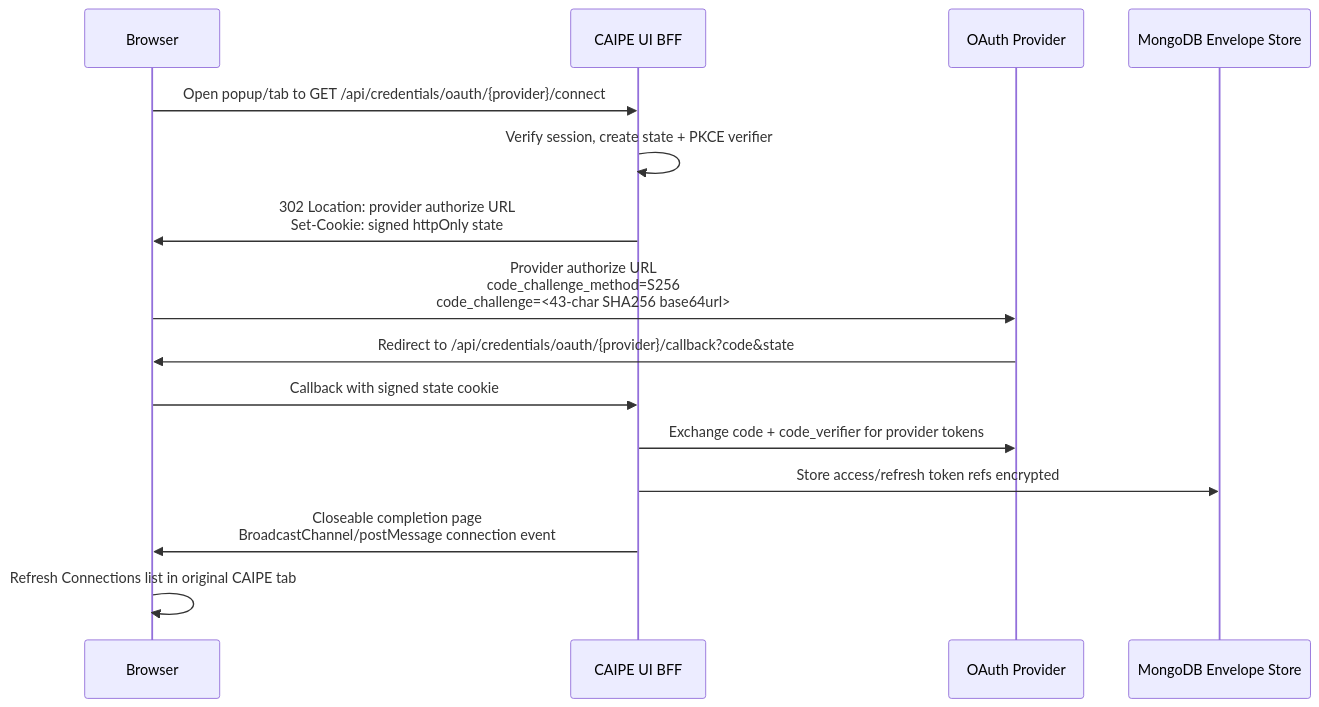
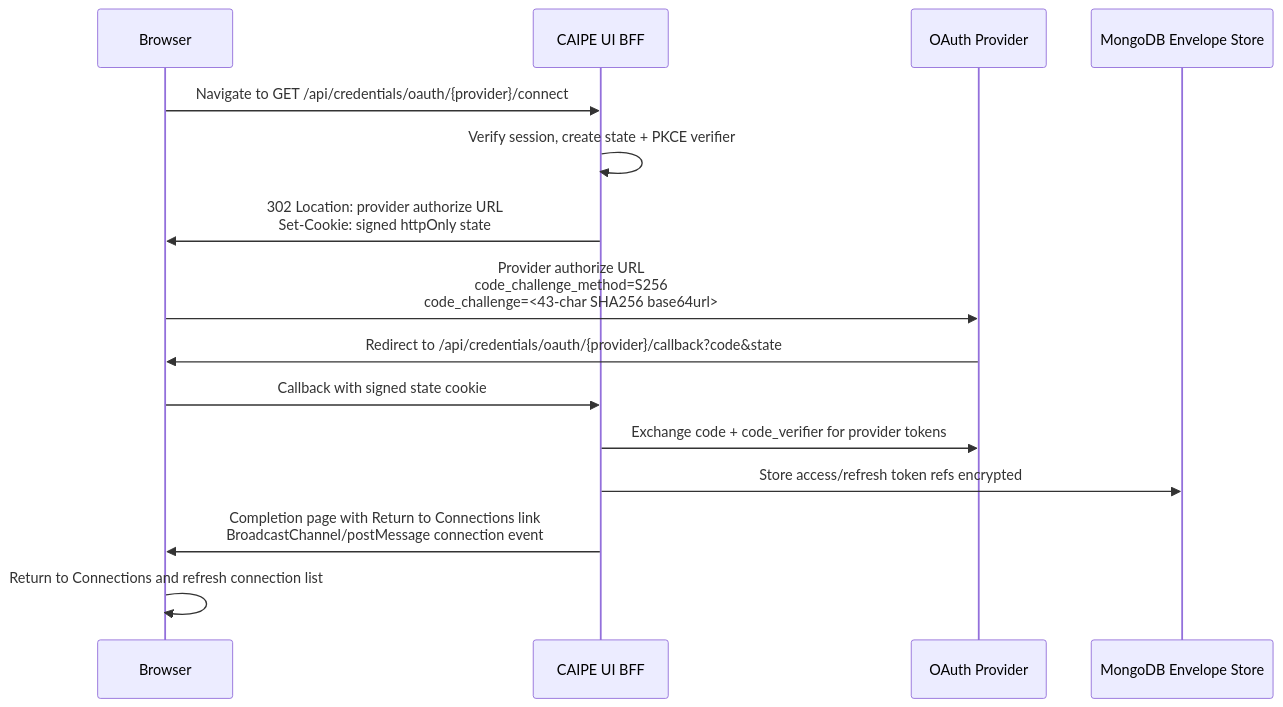
Before and after one commit to cnoe-io/ai-platform-engineering: the fourth of 10 diagrams in docs/docs/security/rbac/workflows.md, drawn with Mermaid. The commit also changed other lines of this file and 57 other files, not shown here.

````diff
--- a/docs/docs/security/rbac/workflows.md
+++ b/docs/docs/security/rbac/workflows.md
@@ -256,18 +255,18 @@
 ```mermaid
 sequenceDiagram
   participant B as Browser
   participant UI as CAIPE UI BFF
   participant P as OAuth Provider
   participant DB as MongoDB Envelope Store
 
-  B->>UI: Open popup/tab to GET /api/credentials/oauth/{provider}/connect
+  B->>UI: Navigate to GET /api/credentials/oauth/{provider}/connect
   UI->>UI: Verify session, create state + PKCE verifier
   UI->>B: 302 Location: provider authorize URL<br/>Set-Cookie: signed httpOnly state
   B->>P: Provider authorize URL<br/>code_challenge_method=S256<br/>code_challenge=<43-char SHA256 base64url>
   P->>B: Redirect to /api/credentials/oauth/{provider}/callback?code&state
   B->>UI: Callback with signed state cookie
   UI->>P: Exchange code + code_verifier for provider tokens
   UI->>DB: Store access/refresh token refs encrypted
-  UI->>B: Closeable completion page<br/>BroadcastChannel/postMessage connection event
-  B->>B: Refresh Connections list in original CAIPE tab
+  UI->>B: Completion page with Return to Connections link<br/>BroadcastChannel/postMessage connection event
+  B->>B: Return to Connections and refresh connection list
 ```
````
